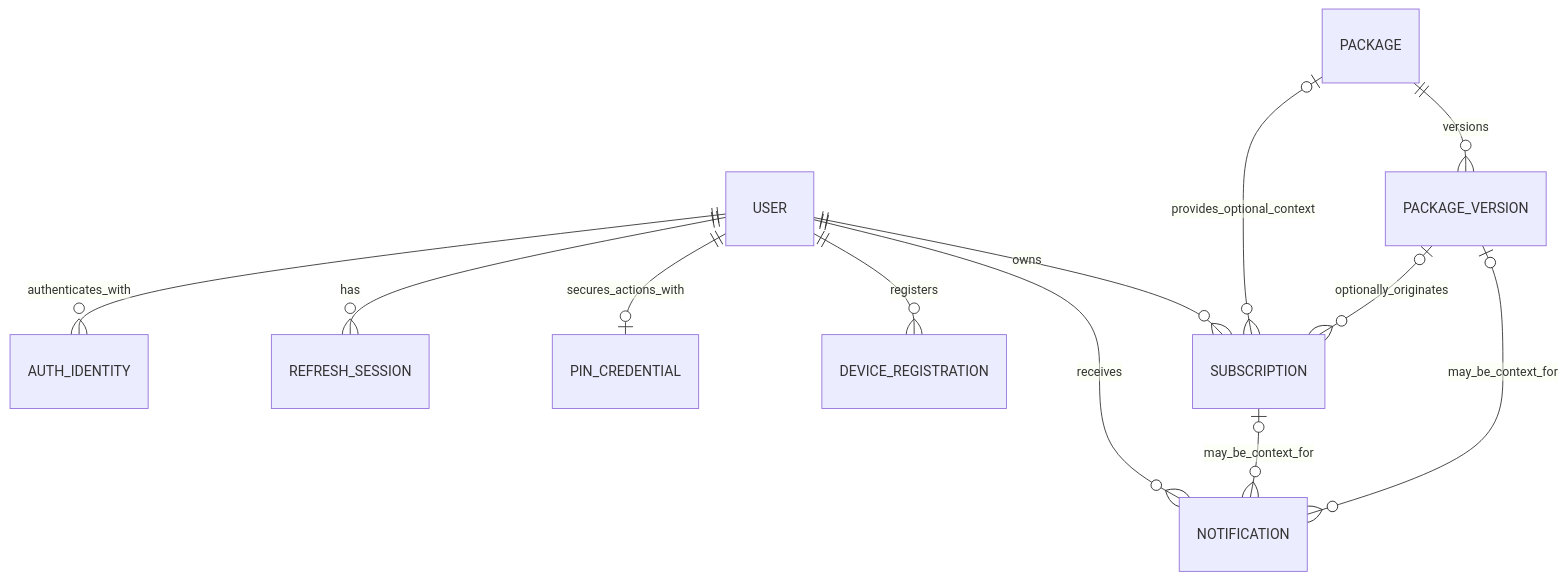
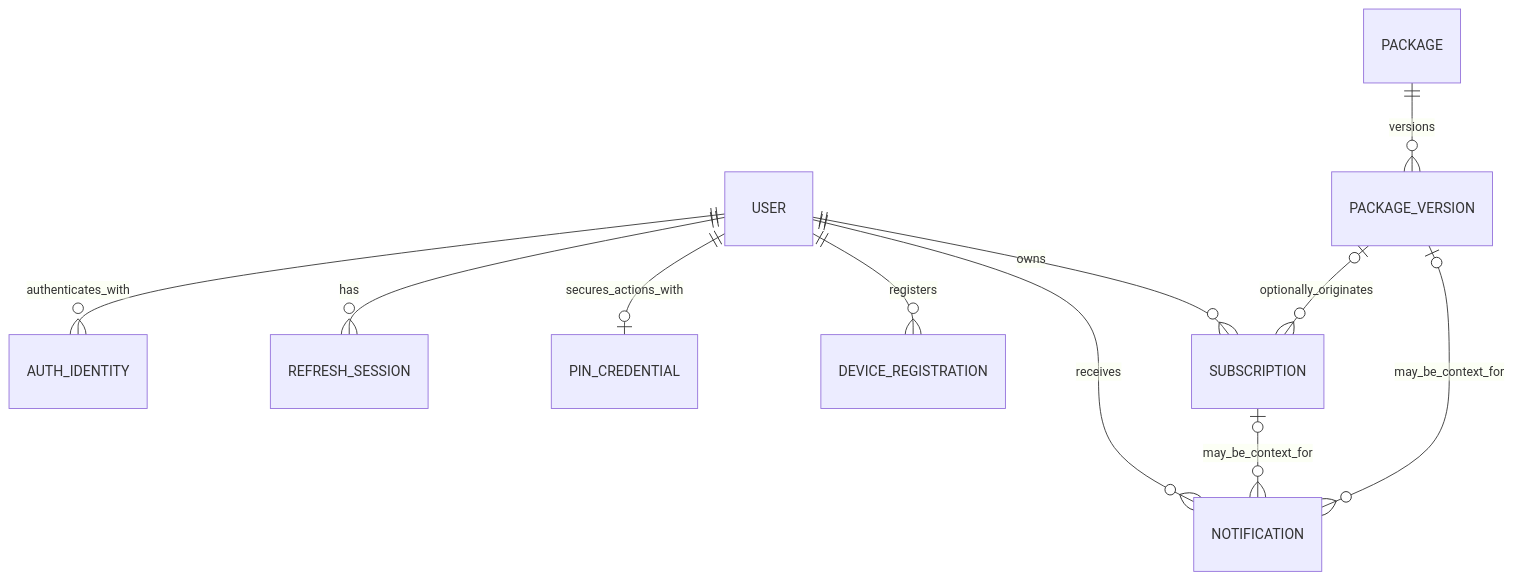
The third of 3 diagrams in doc/backend/domain_model_v1.md (nawaphonST1/subscription_track), drawn with Mermaid before and after one commit. The commit also changed other lines of this file and 3 other files, not shown here.

````diff
--- a/doc/backend/domain_model_v1.md
+++ b/doc/backend/domain_model_v1.md
@@ -621,16 +708,15 @@
 ```mermaid
 erDiagram
     USER ||--o{ AUTH_IDENTITY : authenticates_with
     USER ||--o{ REFRESH_SESSION : has
     USER ||--o| PIN_CREDENTIAL : secures_actions_with
     USER ||--o{ DEVICE_REGISTRATION : registers
     USER ||--o{ SUBSCRIPTION : owns
     USER ||--o{ NOTIFICATION : receives
 
     PACKAGE ||--o{ PACKAGE_VERSION : versions
-    PACKAGE o|--o{ SUBSCRIPTION : provides_optional_context
     PACKAGE_VERSION o|--o{ SUBSCRIPTION : optionally_originates
 
     SUBSCRIPTION o|--o{ NOTIFICATION : may_be_context_for
     PACKAGE_VERSION o|--o{ NOTIFICATION : may_be_context_for
 ```
````
